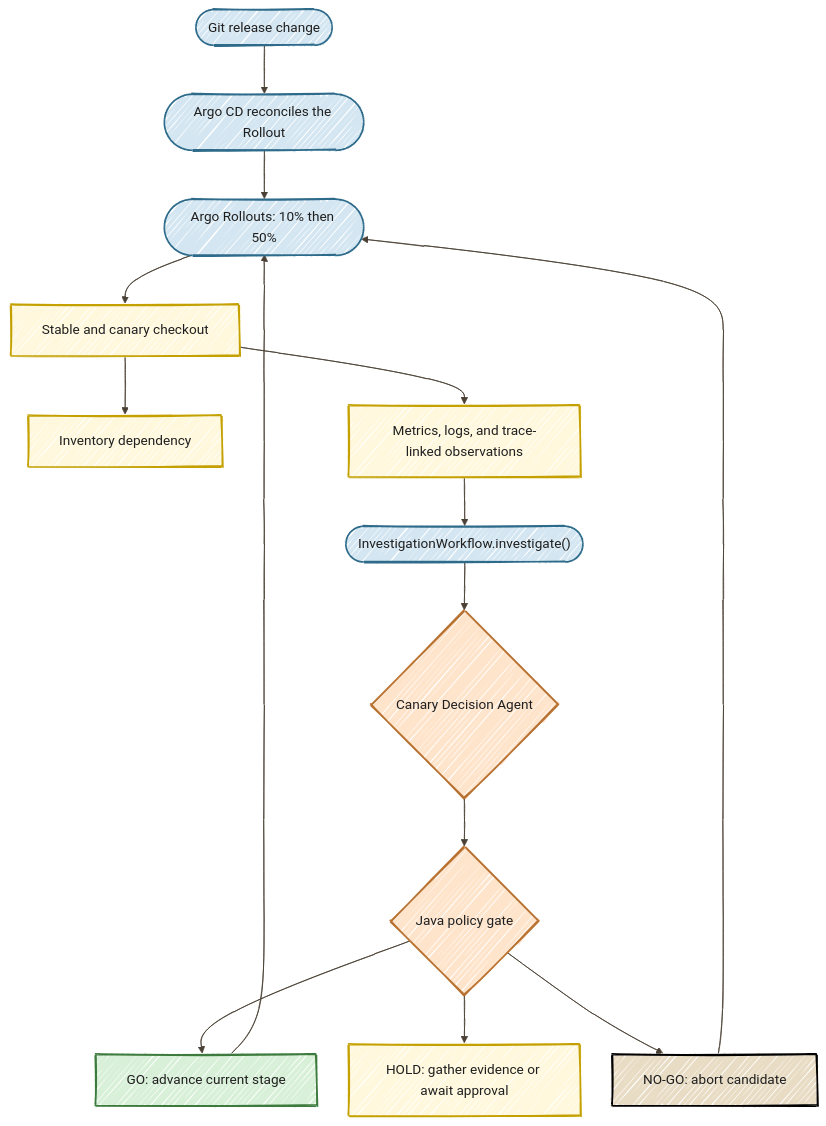
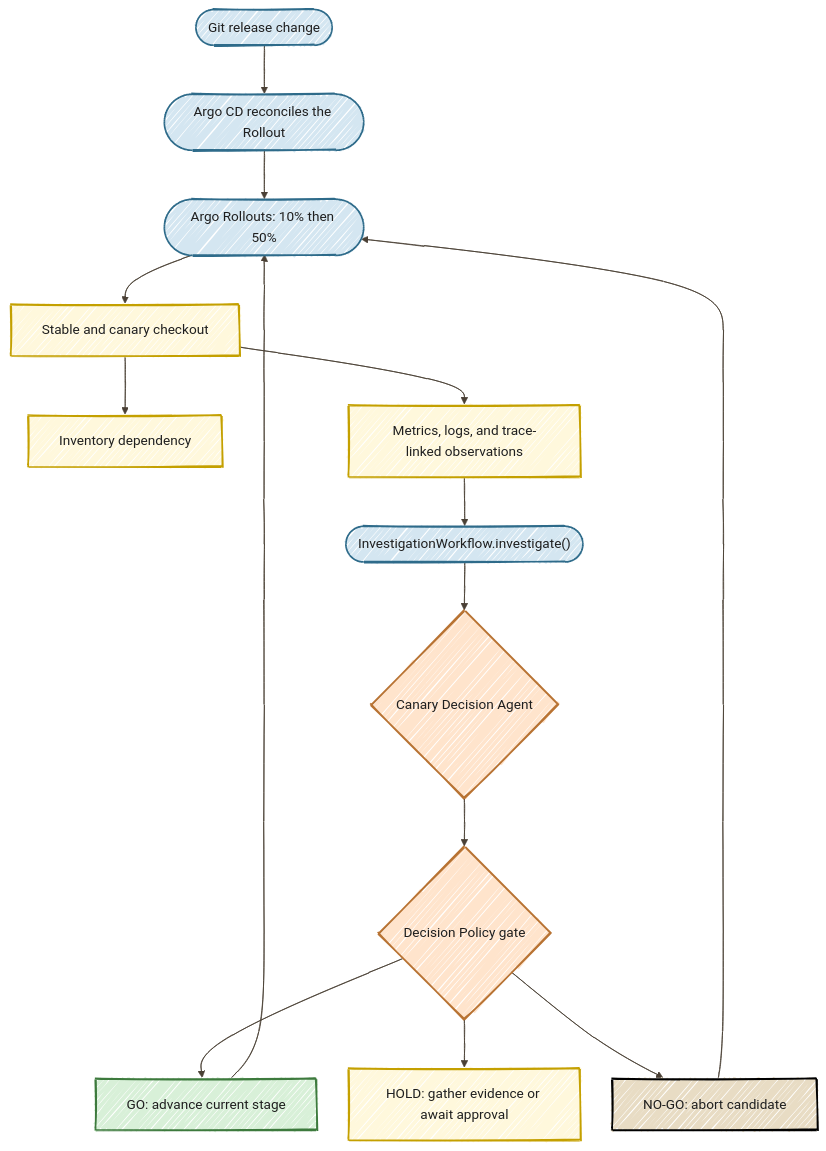
The first of 2 diagrams in docs/architecture.md (danieloh30/intelligent-canary-delivery), drawn with Mermaid before and after one commit. The commit also changed other lines of this file and 12 other files, not shown here.

Commit message:
Explain Decision Policy and HITL in the SPA presenter guide

````diff
--- a/docs/architecture.md
+++ b/docs/architecture.md
@@ -7,35 +7,35 @@
 ```mermaid
 %%{init: {'look':'handDrawn','theme':'base','themeVariables': {'darkMode':false,'background':'#FFFCF5','primaryTextColor':'#1F1F1F','secondaryTextColor':'#1F1F1F','tertiaryTextColor':'#1F1F1F','textColor':'#1F1F1F','lineColor':'#4A4035','edgeLabelBackground':'#FFFCF5','clusterBkg':'#F5F5F0','clusterBorder':'#6B5B45','fontSize':'16px'},'flowchart': {'nodeSpacing':35,'rankSpacing':55,'padding':18}}}%%
 flowchart TD
     Git(["Git release change"])
     CD(["Argo CD reconciles the Rollout"])
     R(["Argo Rollouts: 10% then 50%"])
     W["Stable and canary checkout"]
     I["Inventory dependency"]
     O["Metrics, logs, and trace-linked observations"]
     A(["InvestigationWorkflow.investigate()"])
     D{"Canary Decision Agent"}
-    P{"Java policy gate"}
+    P{"Decision Policy gate"}
     GO["GO: advance current stage"]
     HOLD["HOLD: gather evidence or await approval"]
     NO["NO-GO: abort candidate"]
     Git --> CD --> R --> W --> I
     W --> O --> A --> D --> P
     P --> GO
     P --> HOLD
     P --> NO
     GO --> R
     NO --> R
     style Git fill:#D4E6F1,stroke:#2E6B8A,color:#1F1F1F,stroke-width:2px
     style CD fill:#D4E6F1,stroke:#2E6B8A,color:#1F1F1F,stroke-width:2px
     style R fill:#D4E6F1,stroke:#2E6B8A,color:#1F1F1F,stroke-width:2px
     style W fill:#FFF8DC,stroke:#C4A000,color:#1F1F1F,stroke-width:2px
     style I fill:#FFF8DC,stroke:#C4A000,color:#1F1F1F,stroke-width:2px
     style O fill:#FFF8DC,stroke:#C4A000,color:#1F1F1F,stroke-width:2px
     style A fill:#D4E6F1,stroke:#2E6B8A,color:#1F1F1F,stroke-width:2px
     style D fill:#FFE4CC,stroke:#B87333,color:#1F1F1F,stroke-width:2px
     style P fill:#FFE4CC,stroke:#B87333,color:#1F1F1F,stroke-width:2px
     style GO fill:#D8F0D8,stroke:#3D7A3D,color:#1F1F1F,stroke-width:2px
     style HOLD fill:#FFF8DC,stroke:#C4A000,color:#1F1F1F,stroke-width:2px
     style NO fill:#E8DCC4,stroke:#000000,color:#1F1F1F,stroke-width:2px
 ```
````
